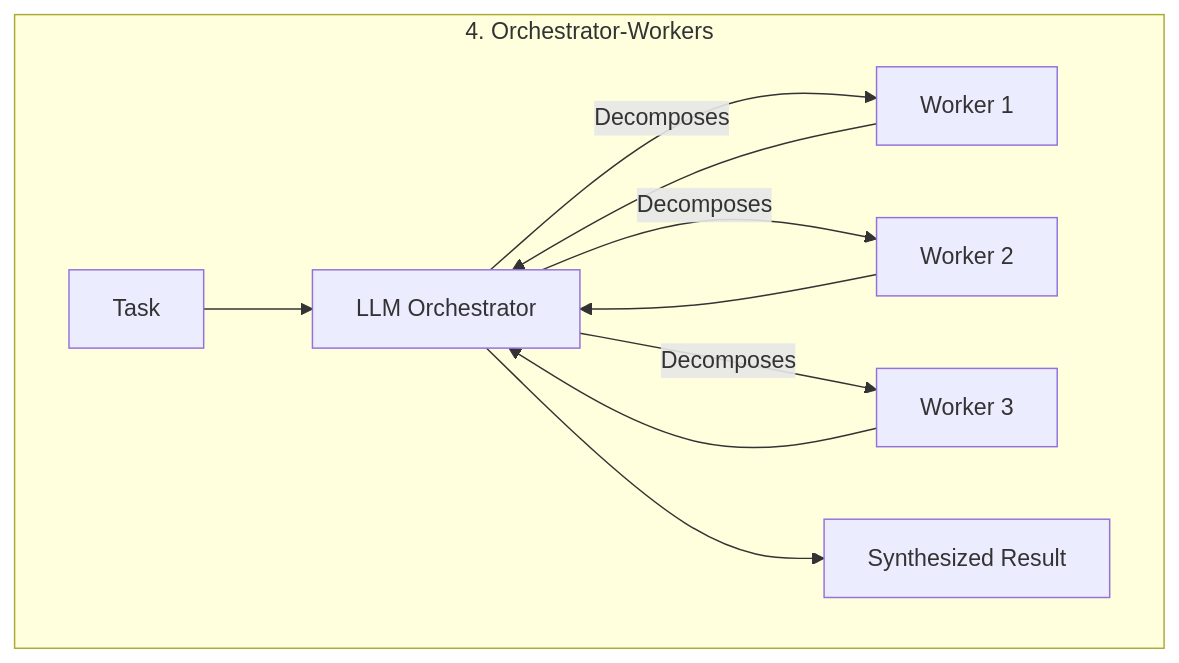
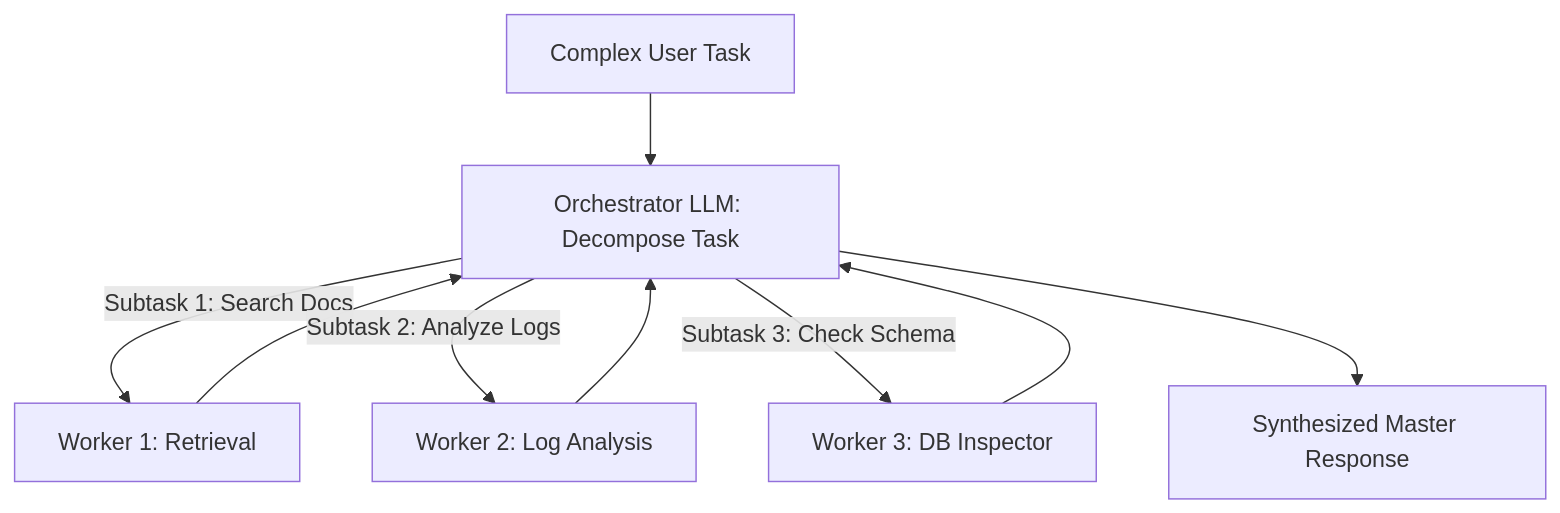
The ninth of 14 diagrams in module-01-agentic-ai-foundations/content/01-from-generative-ai-to-agentic-control-loops.md (sivaskm/agentic-ai-engineering), drawn with Mermaid before and after one commit. The commit also changed other lines of this file, not shown here.

````diff
--- a/module-01-agentic-ai-foundations/content/01-from-generative-ai-to-agentic-control-loops.md
+++ b/module-01-agentic-ai-foundations/content/01-from-generative-ai-to-agentic-control-loops.md
@@ -219,13 +287,9 @@
 ```mermaid
 flowchart TD
-    subgraph Pattern4 [4. Orchestrator-Workers]
-        O_In[Task] --> Orchestrator[LLM Orchestrator]
-        Orchestrator -->|Decomposes| W1[Worker 1]
-        Orchestrator -->|Decomposes| W2[Worker 2]
-        Orchestrator -->|Decomposes| W3[Worker 3]
-        W1 --> Orchestrator
-        W2 --> Orchestrator
-        W3 --> Orchestrator
-        Orchestrator --> O_Out[Synthesized Result]
-    end
+    Task[Complex User Task] --> Orch[Orchestrator LLM: Decompose Task]
+    Orch -->|Subtask 1: Search Docs| W1[Worker 1: Retrieval]
+    Orch -->|Subtask 2: Analyze Logs| W2[Worker 2: Log Analysis]
+    Orch -->|Subtask 3: Check Schema| W3[Worker 3: DB Inspector]
+    W1 & W2 & W3 --> Orch
+    Orch --> Synthesis[Synthesized Master Response]
 ```
````
